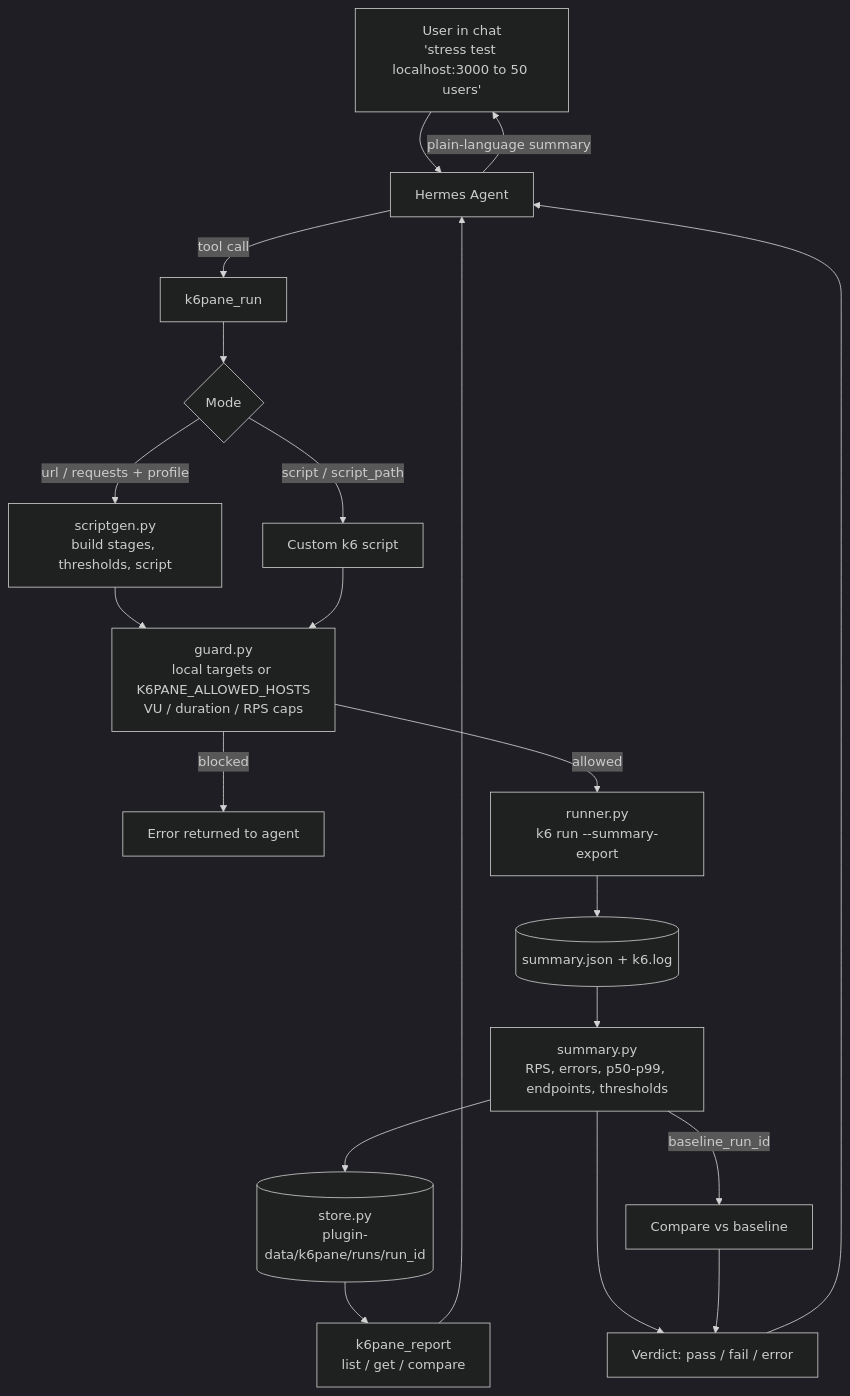
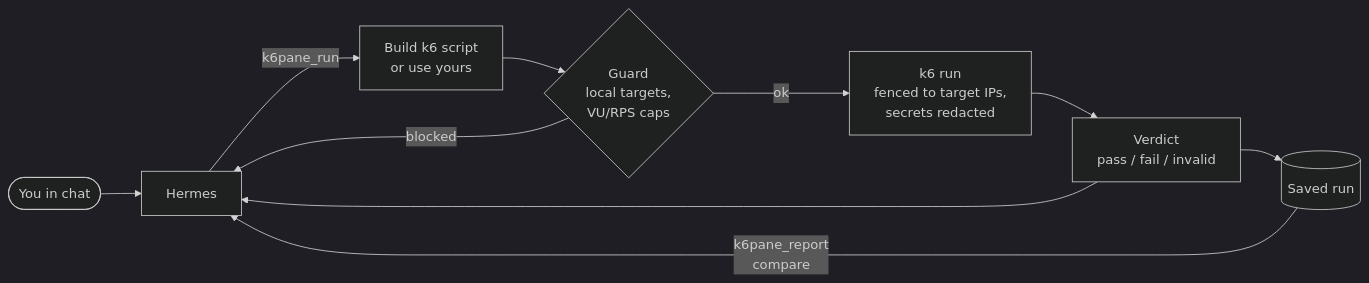
The diagram in README.md (fozagtx/k6pane), drawn with Mermaid (dark theme) before and after one commit. The commit also changed other lines of this file and 2 other files, not shown here.

Commit message:
Refuse link-local and cloud metadata targets unless exactly allowlisted
169.254.0.0/16, fe80::/10 and fd00:ec2::254 (AWS IPv6 metadata, which
passes is_private as a ULA) no longer count as local. A host resolving to
one is blocked unless its exact name is in allowed_hosts; wildcards do not
count. IPv4-mapped IPv6 forms are unwrapped first.

README: disclose that custom script/script_path tests are JavaScript k6
runs directly on the host, outside the Hermes terminal sandbox and approval
prompt, and that k6's open() can read local files.

````diff
--- a/README.md
+++ b/README.md
@@ -57,22 +57,12 @@
 ```mermaid
-flowchart TD
-    U["User in chat<br/>'stress test localhost:3000 to 50 users'"] --> H[Hermes Agent]
-    H -->|tool call| R[k6pane_run]
-    R --> M{Mode}
-    M -->|url / requests + profile| G["scriptgen.py<br/>build stages, thresholds, script"]
-    M -->|script / script_path| S[Custom k6 script]
-    G --> GU["guard.py<br/>local targets or K6PANE_ALLOWED_HOSTS<br/>VU / duration / RPS caps"]
-    S --> GU
-    GU -->|blocked| E[Error returned to agent]
-    GU -->|allowed| K["runner.py<br/>k6 run --summary-export"]
-    K --> SE[(summary.json + k6.log)]
-    SE --> P["summary.py<br/>RPS, errors, p50-p99, endpoints, thresholds"]
-    P --> ST[("store.py<br/>plugin-data/k6pane/runs/run_id")]
-    P -->|baseline_run_id| C[Compare vs baseline]
-    ST --> RP["k6pane_report<br/>list / get / compare"]
-    P --> V["Verdict: pass / fail / error"]
-    C --> V
+flowchart LR
+    U([You in chat]) --> H[Hermes]
+    H -->|k6pane_run| B[Build k6 script<br/>or use yours]
+    B --> G{Guard<br/>local targets,<br/>VU/RPS caps}
+    G -->|blocked| H
+    G -->|ok| K[k6 run<br/>fenced to target IPs,<br/>secrets redacted]
+    K --> V[Verdict<br/>pass / fail / invalid]
+    V --> S[(Saved run)]
     V --> H
-    RP --> H
-    H -->|plain-language summary| U
+    S -->|k6pane_report<br/>compare| H
 ```
````
